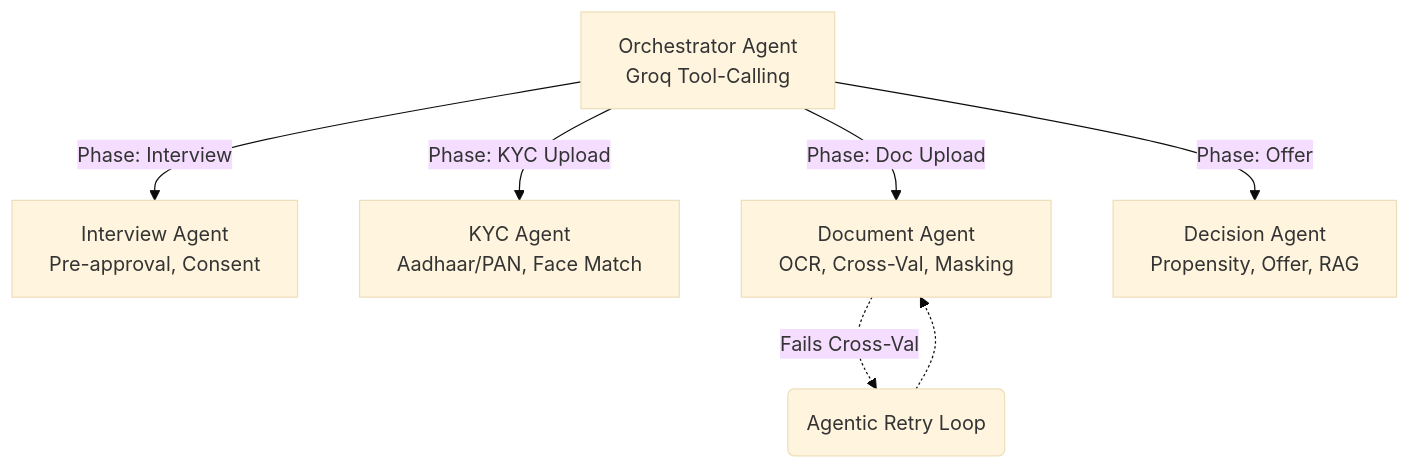
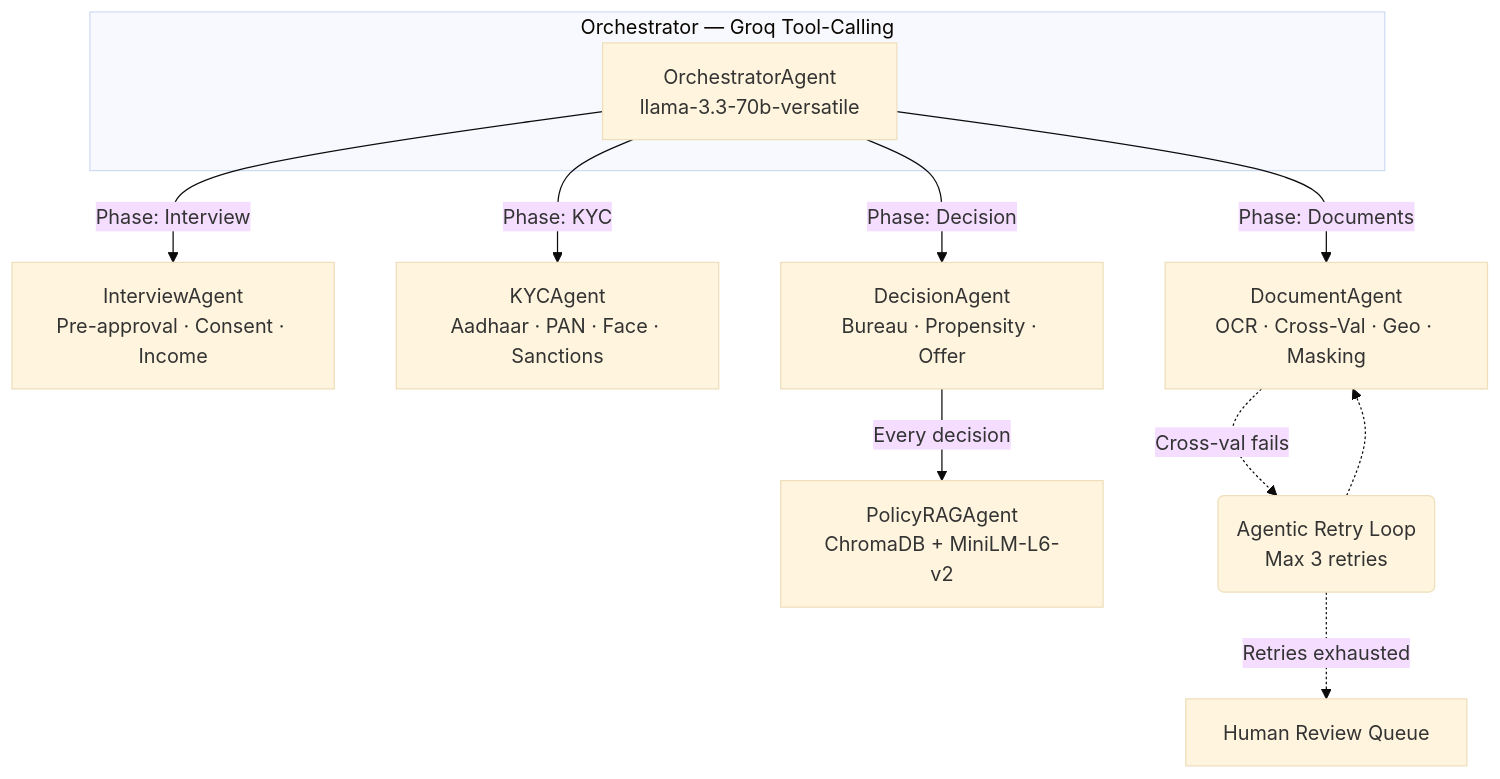
Before and after one commit to kkrishhhh/vericall: the diagram in README.md, drawn with Mermaid (base theme). The commit also changed other lines of this file, not shown here.

Commit message:
docs: overhaul comprehensive architecture documentation and tech stack

````diff
--- a/README.md
+++ b/README.md
@@ -63,16 +73,22 @@
 ```mermaid
 graph TD
-    Orchestrator[Orchestrator Agent<br/>Groq Tool-Calling]
-    Interview[Interview Agent<br/>Pre-approval, Consent]
-    KYC[KYC Agent<br/>Aadhaar/PAN, Face Match]
-    Document[Document Agent<br/>OCR, Cross-Val, Masking]
-    Decision[Decision Agent<br/>Propensity, Offer, RAG]
+    subgraph "Orchestrator — Groq Tool-Calling"
+        ORC[OrchestratorAgent<br/>llama-3.3-70b-versatile]
+    end
+
+    INT[InterviewAgent<br/>Pre-approval · Consent · Income]
+    KYC[KYCAgent<br/>Aadhaar · PAN · Face · Sanctions]
+    DOC[DocumentAgent<br/>OCR · Cross-Val · Geo · Masking]
+    DEC[DecisionAgent<br/>Bureau · Propensity · Offer]
+    RAG[PolicyRAGAgent<br/>ChromaDB + MiniLM-L6-v2]
     
-    Orchestrator -->|Phase: Interview| Interview
-    Orchestrator -->|Phase: KYC Upload| KYC
-    Orchestrator -->|Phase: Doc Upload| Document
-    Orchestrator -->|Phase: Offer| Decision
+    ORC -->|Phase: Interview| INT
+    ORC -->|Phase: KYC| KYC
+    ORC -->|Phase: Documents| DOC
+    ORC -->|Phase: Decision| DEC
+    DEC -->|Every decision| RAG
     
-    Document -.->|Fails Cross-Val| RetryLoop(Agentic Retry Loop)
-    RetryLoop -.-> Document
+    DOC -.->|Cross-val fails| RetryLoop(Agentic Retry Loop<br/>Max 3 retries)
+    RetryLoop -.-> DOC
+    RetryLoop -.->|Retries exhausted| HRQ[Human Review Queue]
 ```
````
